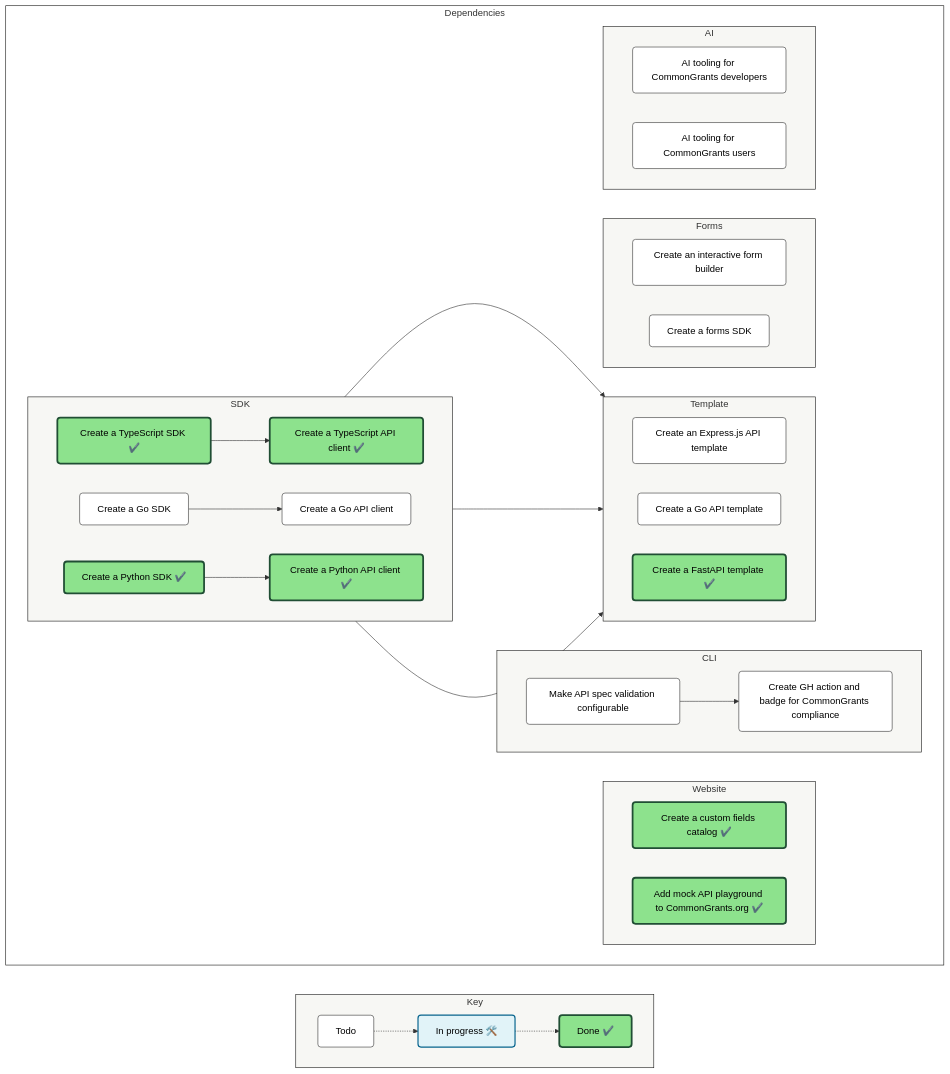
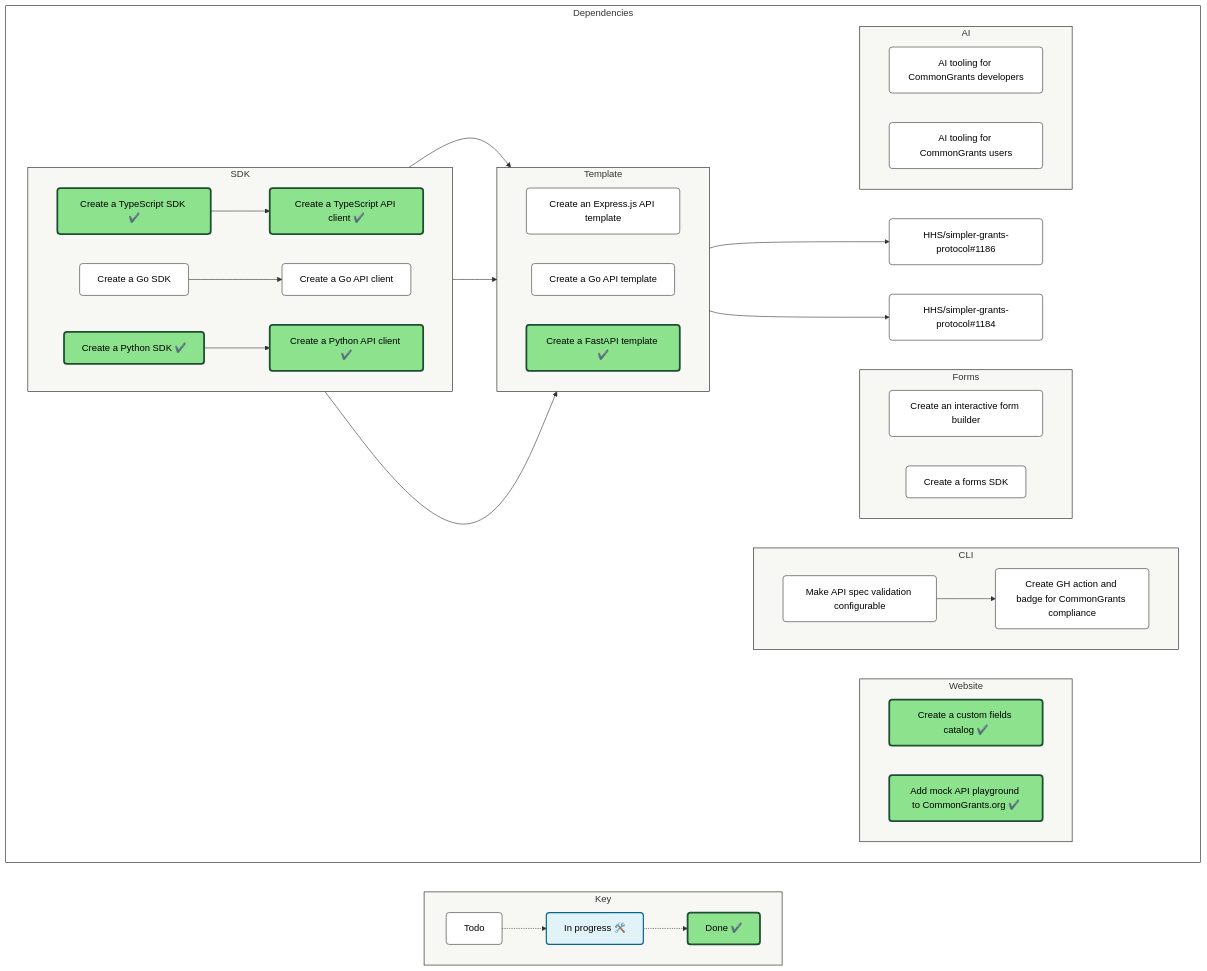
Before and after one commit to HHS/simpler-grants-protocol: the diagram in README.md, drawn with Mermaid.

Commit message:
docs: Update README with dependency diagram

```diff
--- a/README.md
+++ b/README.md
@@ -136,6 +136,8 @@
     HHS/simpler-grants-protocol#323 --> HHS/simpler-grants-protocol#333
     HHS/simpler-grants-protocol#323 --> HHS/simpler-grants-protocol#329
     HHS/simpler-grants-protocol#331 --> HHS/simpler-grants-protocol#335
+    HHS/simpler-grants-protocol#332 --> HHS/simpler-grants-protocol#1186
+    HHS/simpler-grants-protocol#332 --> HHS/simpler-grants-protocol#1184
     HHS/simpler-grants-protocol#342 --> HHS/simpler-grants-protocol#343
     HHS/simpler-grants-protocol#342 --> HHS/simpler-grants-protocol#324
 
```
